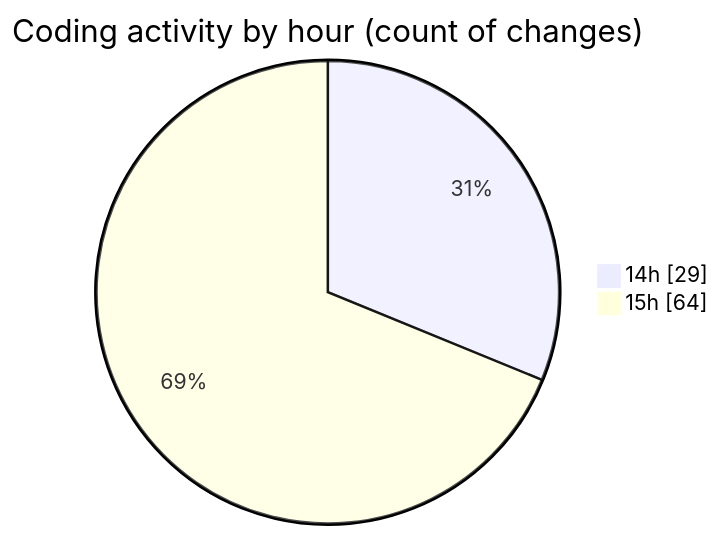
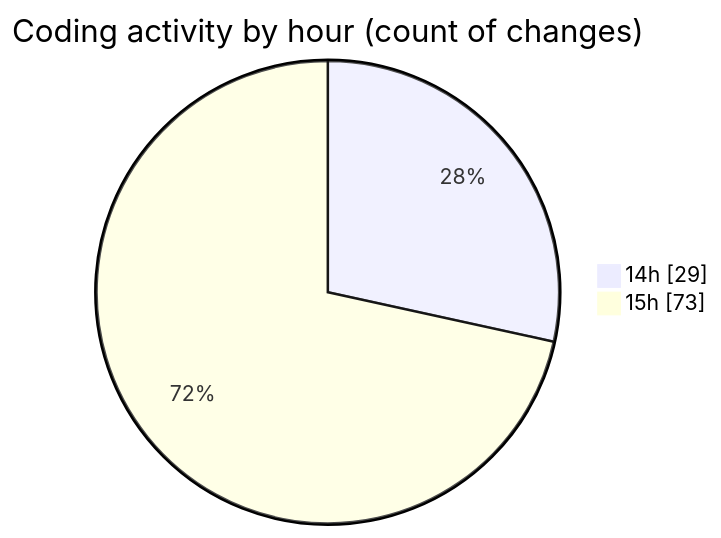
One commit to CELIANVF/code-tracking changed the second of 2 diagrams in 2025-06-05/ecodeli-1/README.md. Above: the diagram before and after it, drawn with Mermaid. The commit also changed other lines of this file and 1 other file, not shown here.

````diff
--- a/2025-06-05/ecodeli-1/README.md
+++ b/2025-06-05/ecodeli-1/README.md
@@ -62,6 +64,6 @@
 ```mermaid
 pie showData
 title Coding activity by hour (count of changes)
 "14h" : 29
-"15h" : 64
+"15h" : 73
 ```
````
